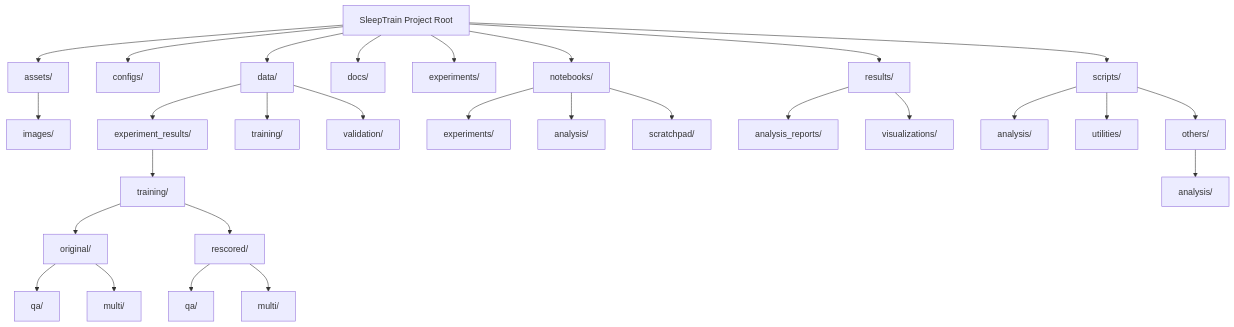
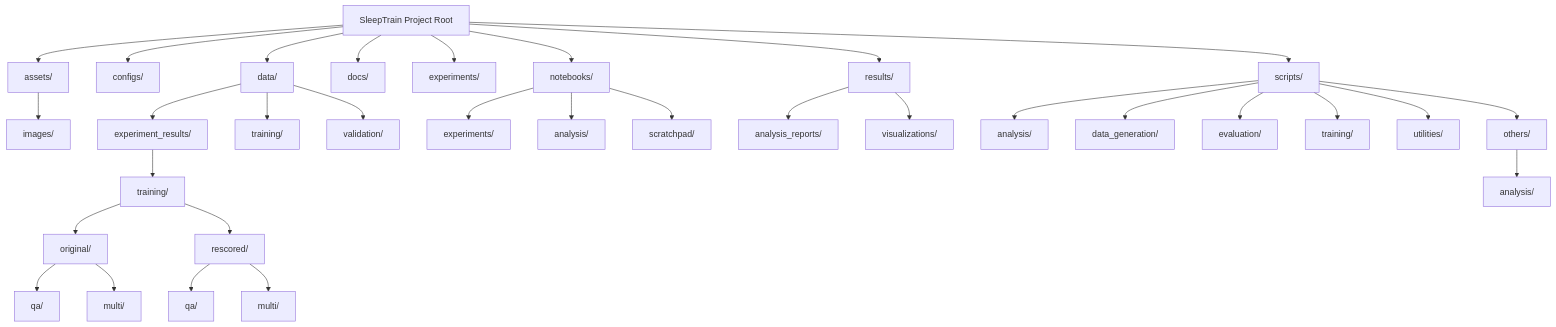
Before and after one commit to Stivy-01/sleeptrain: the diagram in README.md, drawn with Mermaid. The commit also changed other lines of this file and 6 other files, not shown here.

````diff
--- a/README.md
+++ b/README.md
@@ -36,39 +47,42 @@
 ```mermaid
 graph TD
     A[SleepTrain Project Root] --> B[assets/]
     A --> C[configs/]
     A --> D[data/]
     A --> E[docs/]
     A --> F[experiments/]
     A --> G[notebooks/]
     A --> H[results/]
     A --> I[scripts/]
 
     B --> B1[images/]
     
     D --> D1[experiment_results/]
     D --> D2[training/]
     D --> D3[validation/]
 
     D1 --> D1a[training/]
     D1a --> D1a1[original/]
     D1a --> D1a2[rescored/]
     D1a1 --> D1a1a[qa/]
     D1a1 --> D1a1b[multi/]
     D1a2 --> D1a2a[qa/]
     D1a2 --> D1a2b[multi/]
 
     G --> G1[experiments/]
     G --> G2[analysis/]
     G --> G3[scratchpad/]
 
     H --> H1[analysis_reports/]
     H --> H2[visualizations/]
 
     I --> I1[analysis/]
-    I --> I2[utilities/]
-    I --> I3[others/]
+    I --> I2[data_generation/]
+    I --> I3[evaluation/]
+    I --> I4[training/]
+    I --> I5[utilities/]
+    I --> I6[others/]
 
-    I3 --> I3a[analysis/]
+    I6 --> I6a[analysis/]
 
 ```
````
